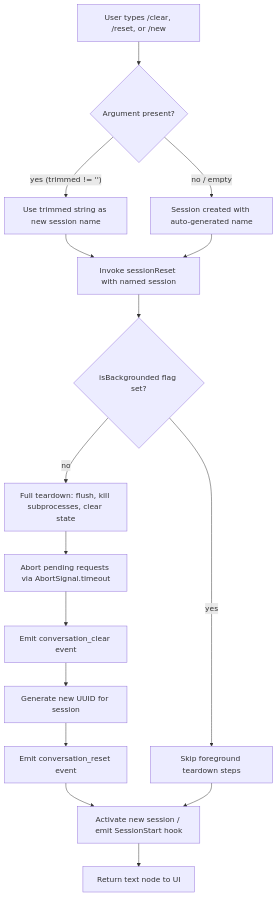
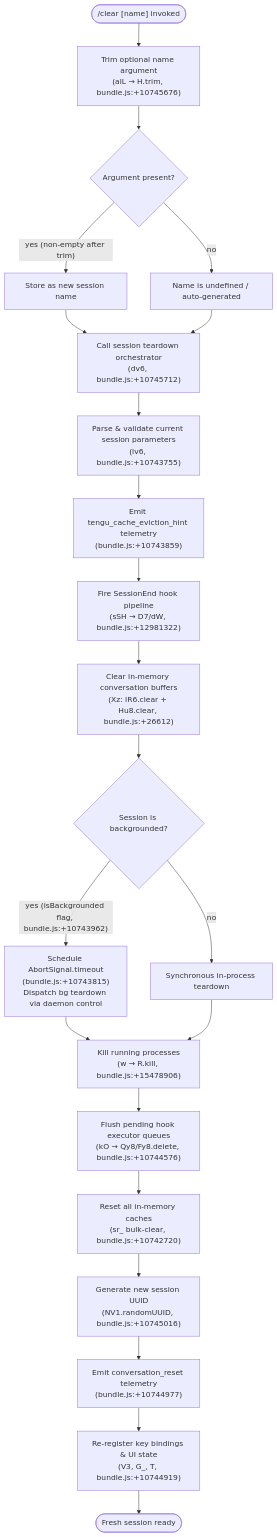
One commit to MyLittleLuckyDog/cc-gnothi changed the diagram in versions/v2.1.156/clear.md. Above: the diagram before and after it, drawn with Mermaid. The commit also changed other lines of this file and 593 other files, not shown here.

````diff
--- a/versions/v2.1.156/clear.md
+++ b/versions/v2.1.156/clear.md
@@ -49,18 +57,24 @@
 ```mermaid
 flowchart TD
-    A[User types /clear, /reset, or /new] --> B{Argument present?}
-    B -- "yes (trimmed != '')" --> C[Use trimmed string as new session name]
-    B -- "no / empty" --> D[Session created with auto-generated name]
-    C --> E[Invoke sessionReset with named session]
-    D --> E
-    E --> F{isBackgrounded flag set?}
-    F -- "yes" --> G[Skip foreground teardown steps]
-    F -- "no" --> H[Full teardown: flush, kill subprocesses, clear state]
-    H --> I[Abort pending requests via AbortSignal.timeout]
-    I --> J[Emit conversation_clear event]
-    J --> K[Generate new UUID for session]
-    K --> L[Emit conversation_reset event]
-    L --> M[Activate new session / emit SessionStart hook]
-    G --> M
-    M --> N[Return text node to UI]
+    A(["/clear [name] invoked"]) --> B["Trim optional name argument\n(alL → H.trim, bundle.js:+10745676)"]
+    B --> C{Argument present?}
+    C -- "yes (non-empty after trim)" --> D["Store as new session name"]
+    C -- "no" --> E["Name is undefined / auto-generated"]
+    D --> F["Call session teardown orchestrator\n(dv6, bundle.js:+10745712)"]
+    E --> F
+    F --> G["Parse & validate current session parameters\n(lv6, bundle.js:+10743755)"]
+    G --> H["Emit tengu_cache_eviction_hint telemetry\n(bundle.js:+10743859)"]
+    H --> I["Fire SessionEnd hook pipeline\n(sSH → D7/dW, bundle.js:+12981322)"]
+    I --> J["Clear in-memory conversation buffers\n(Xz: lR6.clear + Hu8.clear, bundle.js:+26612)"]
+    J --> K{Session is backgrounded?}
+    K -- "yes (isBackgrounded flag, bundle.js:+10743962)" --> L["Schedule AbortSignal.timeout\n(bundle.js:+10743815)\nDispatch bg teardown via daemon control"]
+    K -- "no" --> M["Synchronous in-process teardown"]
+    L --> N["Kill running processes\n(w → R.kill, bundle.js:+15478906)"]
+    M --> N
+    N --> O["Flush pending hook executor queues\n(kO → Qy8/Fy8.delete, bundle.js:+10744576)"]
+    O --> P["Reset all in-memory caches\n(sr_ bulk-clear, bundle.js:+10742720)"]
+    P --> Q["Generate new session UUID\n(NV1.randomUUID, bundle.js:+10745016)"]
+    Q --> R["Emit conversation_reset telemetry\n(bundle.js:+10744977)"]
+    R --> S["Re-register key bindings & UI state\n(V3, G_, T, bundle.js:+10744919)"]
+    S --> T(["Fresh session ready"])
 ```
````
